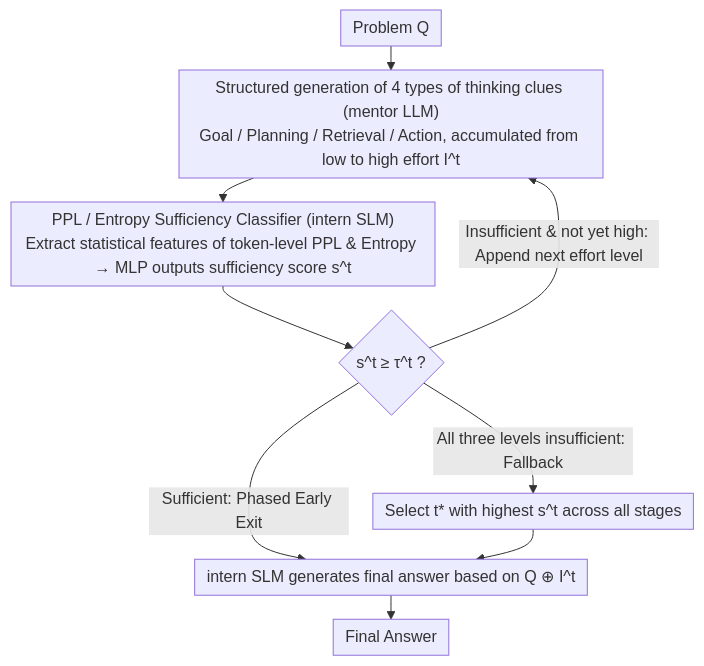
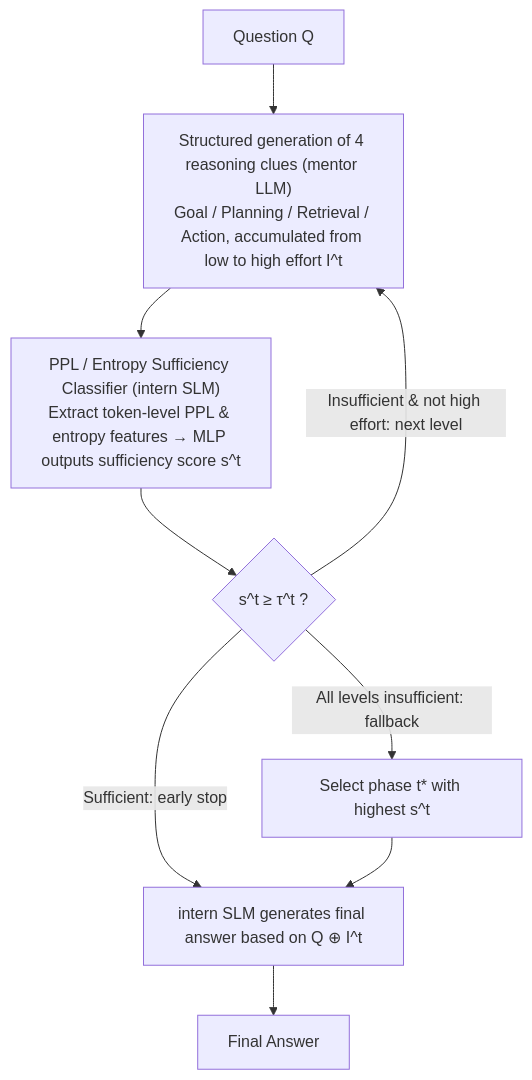
The diagram in docs/ACL2026/llm_efficiency/tandem_riding_together_with_large_and_small_language_models_for_efficient_reason.md (zhaoyang97/Paper-Notes-en), drawn with Mermaid before and after one commit. The commit also changed other lines of this file and 5084 other files, not shown here.

````diff
--- a/docs/ACL2026/llm_efficiency/tandem_riding_together_with_large_and_small_language_models_for_efficient_reason.md
+++ b/docs/ACL2026/llm_efficiency/tandem_riding_together_with_large_and_small_language_models_for_efficient_reason.md
@@ -49,12 +49,11 @@
 ```mermaid
-%%{init: {'flowchart': {'rankSpacing': 24, 'nodeSpacing': 28, 'padding': 6, 'wrappingWidth': 400}}}%%
-flowchart TD
-    Q["Problem Q"] --> M["Structured generation of 4 types of thinking clues (mentor LLM)<br/>Goal / Planning / Retrieval / Action, accumulated from low to high effort I^t"]
-    M --> C["PPL / Entropy Sufficiency Classifier (intern SLM)<br/>Extract statistical features of token-level PPL & Entropy → MLP outputs sufficiency score s^t"]
+graph TD
+    Q["Question Q"] --> M["Structured generation of 4 reasoning clues (mentor LLM)<br/>Goal / Planning / Retrieval / Action, accumulated from low to high effort I^t"]
+    M --> C["PPL / Entropy Sufficiency Classifier (intern SLM)<br/>Extract token-level PPL & entropy features → MLP outputs sufficiency score s^t"]
     C --> J{"s^t ≥ τ^t ?"}
-    J -->|Sufficient: Phased Early Exit| A["intern SLM generates final answer based on Q ⊕ I^t"]
-    J -->|Insufficient & not yet high: Append next effort level| M
-    J -->|All three levels insufficient: Fallback| F["Select t* with highest s^t across all stages"]
+    J -->|Sufficient: early stop| A["intern SLM generates final answer based on Q ⊕ I^t"]
+    J -->|Insufficient & not high effort: next level| M
+    J -->|All levels insufficient: fallback| F["Select phase t* with highest s^t"]
     F --> A
     A --> O["Final Answer"]
 ```
````
